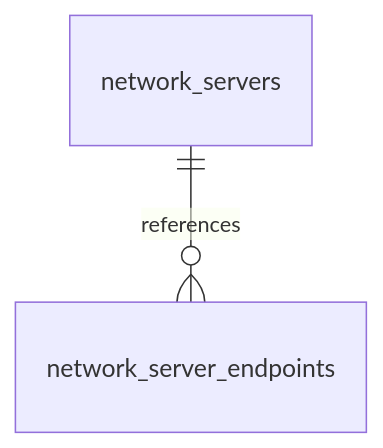
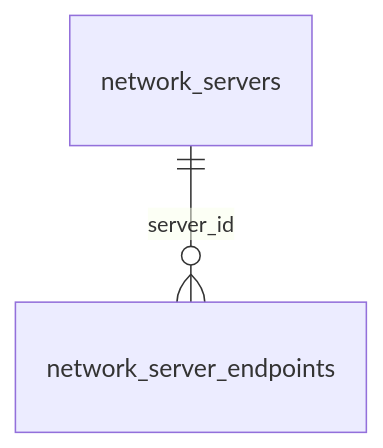
One commit to cebertowicz/corsia changed the diagram in docs/reference/data-model/providers-and-runtime.md. Above: the diagram before and after it, drawn with Mermaid. The commit also changed 10 other files, not shown here.

````diff
--- a/docs/reference/data-model/providers-and-runtime.md
+++ b/docs/reference/data-model/providers-and-runtime.md
@@ -7,4 +7,4 @@
 ```mermaid
 erDiagram
-    network_servers ||--o{ network_server_endpoints : references
+    network_servers ||--o{ network_server_endpoints : server_id
 ```
````
